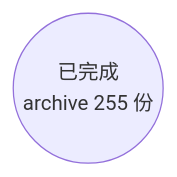
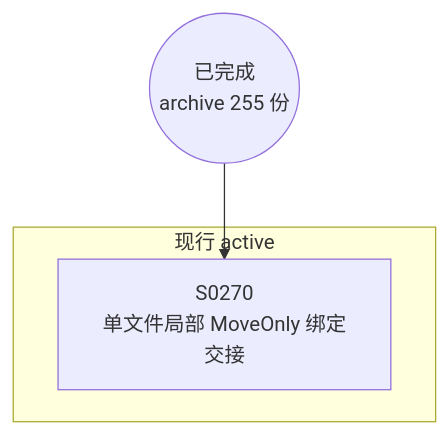
Before and after one commit to Halckon/Koven: the diagram in docs/specs/dependency-graph.md, drawn with Mermaid. The commit also changed other lines of this file and 12 other files, not shown here.

````diff
--- a/docs/specs/dependency-graph.md
+++ b/docs/specs/dependency-graph.md
@@ -9,4 +9,8 @@
 ```mermaid
 flowchart TD
 ARCH(("已完成<br/>archive 255 份"))
+subgraph Gactive["现行 active"]
+  S0270["S0270<br/>单文件局部 MoveOnly 绑定交接"]
+end
+ARCH --> S0270
 ```
````
